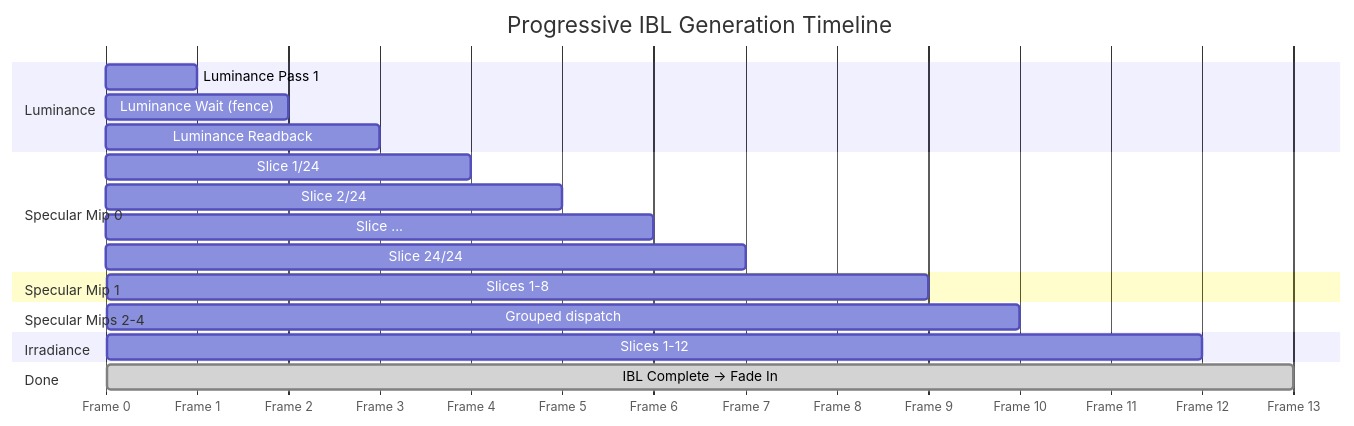
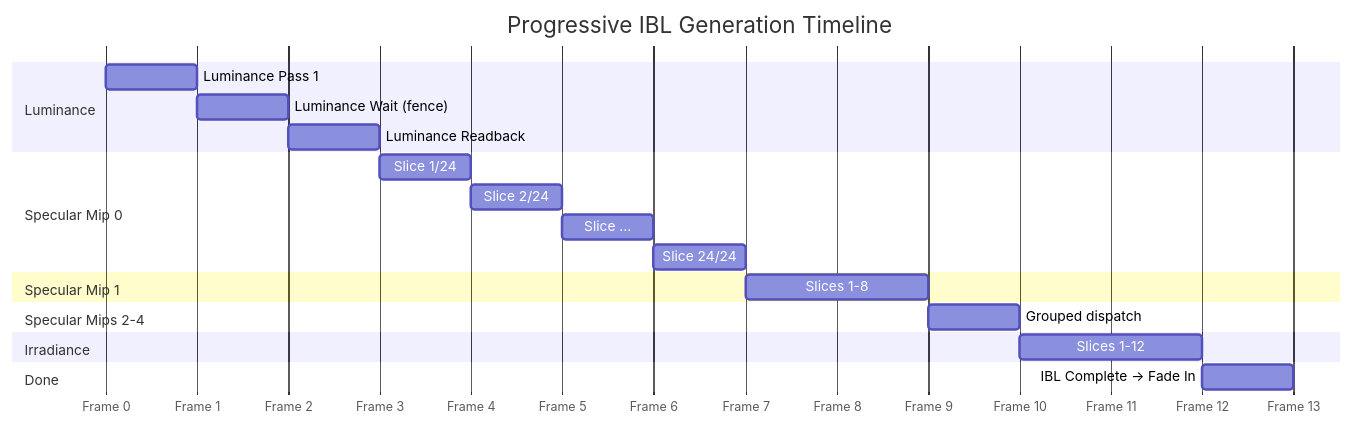
One commit to yoyonel/blog_source changed diagram 12 of 17 in content/suckless-ogl-anatomie-frame-en.md. Above: the diagram before and after it, drawn with Mermaid. The commit also changed 2 other files, not shown here.

Commit message:
fix: gantt diagram positioning and labels outside bars
- Use dateFormat x with absolute timestamps for correct bar positions
- Add JS post-processing to force all task labels right of bars
- Fix FR and EN versions of the IBL timeline diagram

```diff
--- a/content/suckless-ogl-anatomie-frame-en.md
+++ b/content/suckless-ogl-anatomie-frame-en.md
@@ -644,29 +644,29 @@
 <pre class="mermaid">
 gantt
     title Progressive IBL Generation Timeline
-    dateFormat X
+    dateFormat x
     axisFormat Frame %s
 
     section Luminance
-    Luminance Pass 1      :lum1, 0, 1
-    Luminance Wait (fence) :lum2, 1, 2
-    Luminance Readback     :lum3, 2, 3
+    Luminance Pass 1       :lum1, 0, 1000
+    Luminance Wait (fence) :lum2, 1000, 2000
+    Luminance Readback     :lum3, 2000, 3000
 
     section Specular Mip 0
-    Slice 1/24            :s1, 3, 4
-    Slice 2/24            :s2, 4, 5
-    Slice ...             :s3, 5, 6
-    Slice 24/24           :s4, 6, 7
+    Slice 1/24             :s1, 3000, 4000
+    Slice 2/24             :s2, 4000, 5000
+    Slice ...              :s3, 5000, 6000
+    Slice 24/24            :s4, 6000, 7000
 
     section Specular Mip 1
-    Slices 1-8            :m1, 7, 9
+    Slices 1-8             :m1, 7000, 9000
 
     section Specular Mips 2-4
-    Grouped dispatch      :m3, 9, 10
+    Grouped dispatch       :m3, 9000, 10000
 
     section Irradiance
-    Slices 1-12           :i1, 10, 12
+    Slices 1-12            :i1, 10000, 12000
 
     section Done
-    IBL Complete → Fade In :done, 12, 13
+    IBL Complete → Fade In :ibl_done, 12000, 13000
 </pre>
```
